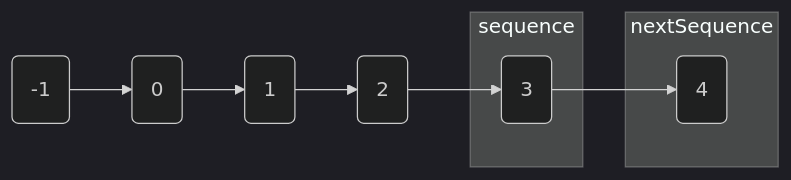
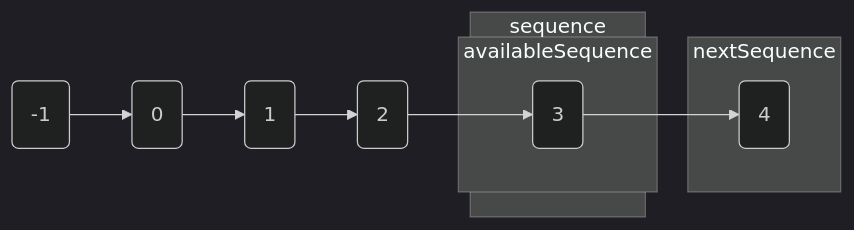
One commit to leiwingqueen/liyongquan.github.io changed the sixth of 10 diagrams in _posts/2019-10-10-Disruptor-源码分析(二).md. Above: the diagram before and after it, drawn with Mermaid (dark theme). The commit also changed other lines of this file, not shown here.

````diff
--- a/_posts/2019-10-10-Disruptor-源码分析(二).md
+++ b/_posts/2019-10-10-Disruptor-源码分析(二).md
@@ -288,14 +288,16 @@
 ```mermaid
 graph LR
 m0("-1")-->m1(0)
 m1-->m2(1)
 m2-->m3(2)
 m3-->m4(3)
 m4-->m5(4)
 subgraph sequence
+subgraph availableSequence
 m4
+end
 end
 subgraph nextSequence
 m5
 end
 ```
````
